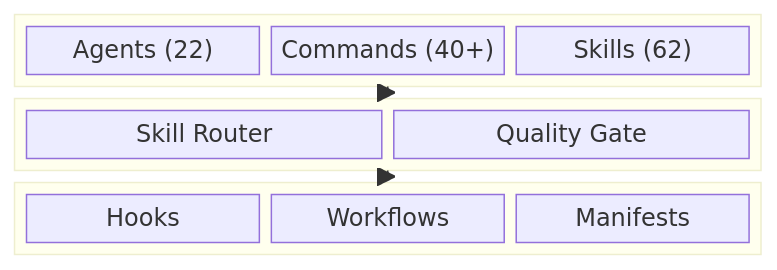
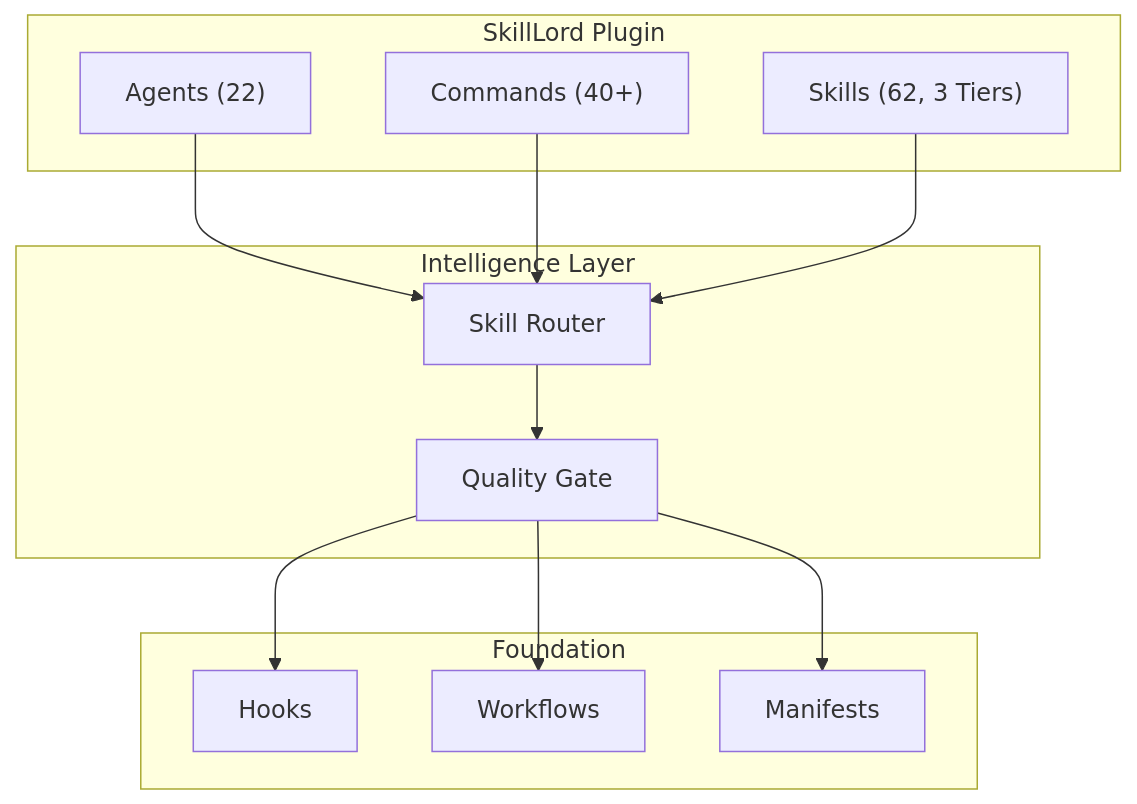
Before and after one commit to donganhvuphp/Claude-Skills-Lord: the diagram in README.md, drawn with Mermaid. The commit also changed other lines of this file, not shown here.

Commit message:
docs: add Usage section with examples, fix Architecture to Mermaid graph TD

````diff
--- a/README.md
+++ b/README.md
@@ -58,22 +58,27 @@
 ```mermaid
-block-beta
-  columns 3
+graph TD
+    subgraph Plugin["SkillLord Plugin"]
+        A["Agents (22)"]
+        B["Commands (40+)"]
+        C["Skills (62, 3 Tiers)"]
+    end
 
-  block:plugin:3
-    columns 3
-    A["Agents (22)"] B["Commands (40+)"] C["Skills (62)"]
-  end
+    subgraph Intelligence["Intelligence Layer"]
+        D["Skill Router"]
+        E["Quality Gate"]
+    end
 
-  block:intelligence:3
-    columns 2
-    D["Skill Router"] E["Quality Gate"]
-  end
+    subgraph Infra["Foundation"]
+        F["Hooks"]
+        G["Workflows"]
+        H["Manifests"]
+    end
 
-  block:infra:3
-    columns 3
-    F["Hooks"] G["Workflows"] H["Manifests"]
-  end
-
-  plugin --> intelligence
-  intelligence --> infra
+    A --> D
+    B --> D
+    C --> D
+    D --> E
+    E --> F
+    E --> G
+    E --> H
 ```
````
